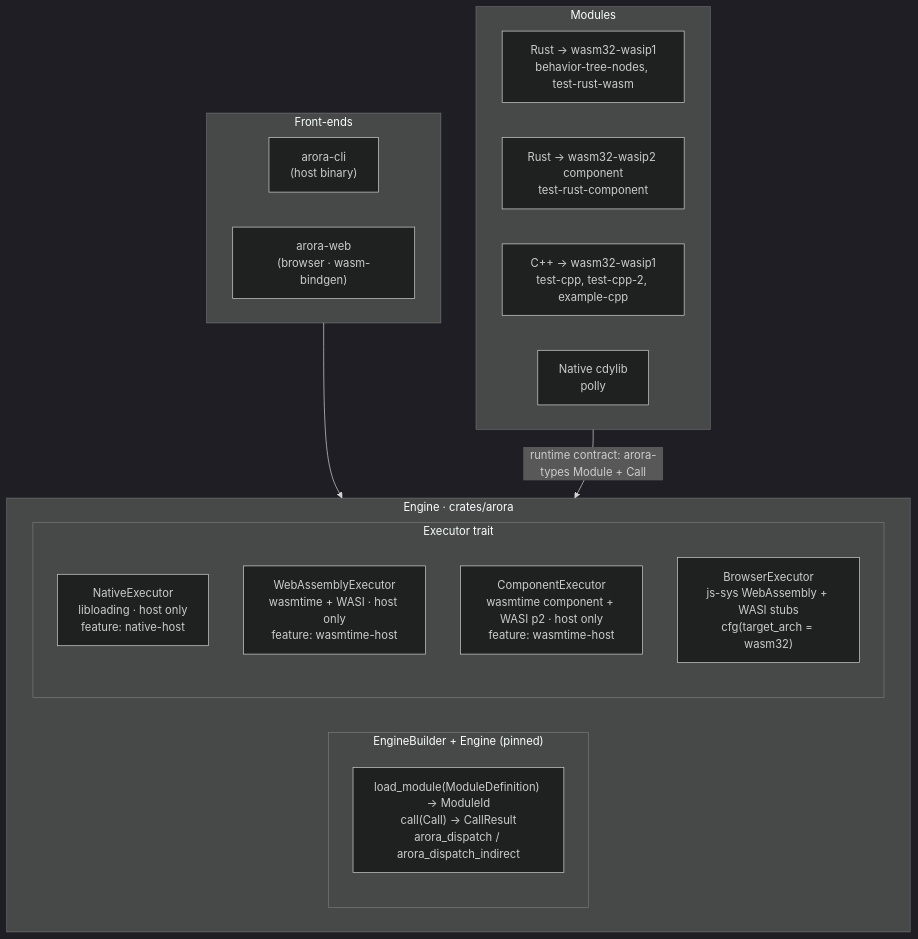
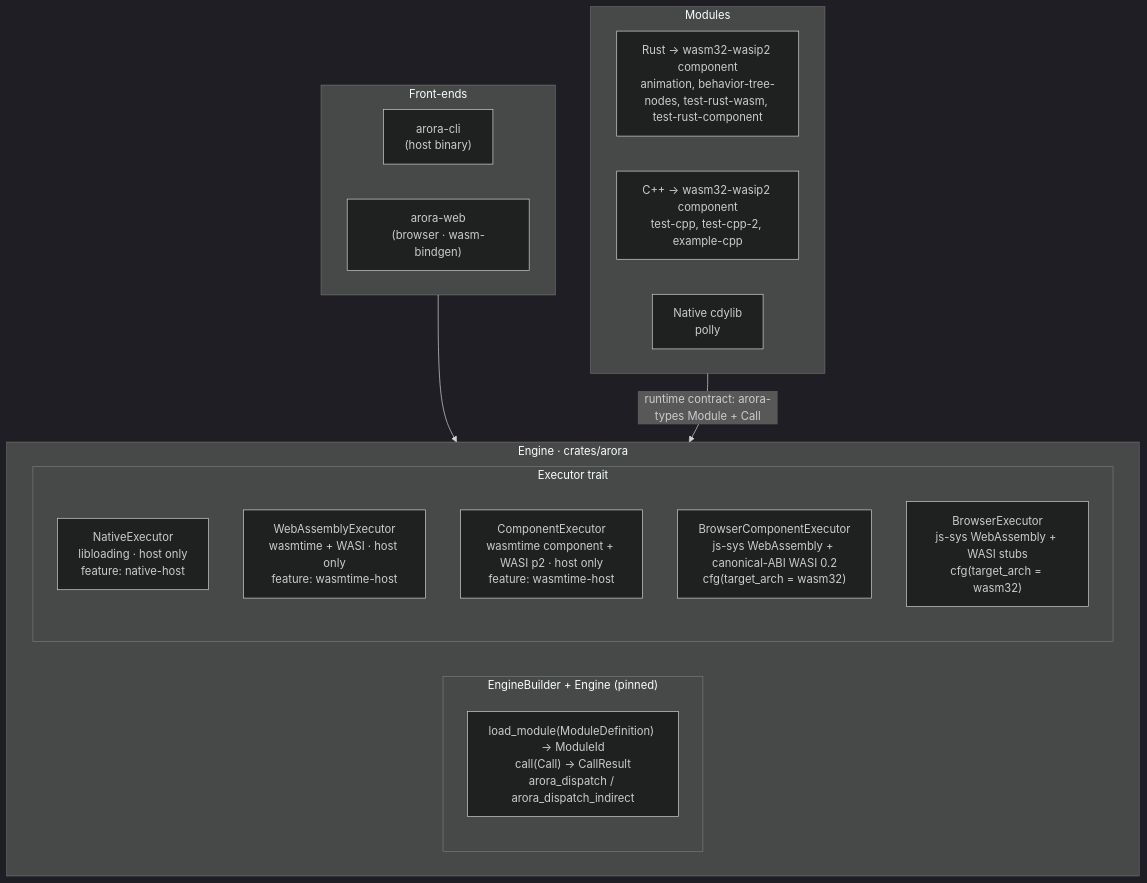
Before and after one commit to semio-ai/arora-sdk: the first of 2 diagrams in docs/architecture.md, drawn with Mermaid (dark theme). The commit also changed other lines of this file and 5 other files, not shown here.

First line of the commit message:
docs: guests are wasm32-wasip2 components of the arora:module world

````diff
--- a/docs/architecture.md
+++ b/docs/architecture.md
@@ -75,29 +74,29 @@
 ```mermaid
 graph TB
     subgraph fe["Front-ends"]
         cli["arora-cli\n(host binary)"]
         web["arora-web\n(browser · wasm-bindgen)"]
     end
 
     subgraph eng["Engine · crates/arora"]
         subgraph engine_api["EngineBuilder + Engine (pinned)"]
             api["load_module(ModuleDefinition) → ModuleId\ncall(Call) → CallResult\narora_dispatch / arora_dispatch_indirect"]
         end
         subgraph executors["Executor trait"]
             native_exec["NativeExecutor\nlibloading · host only\nfeature: native-host"]
             wasm_exec["WebAssemblyExecutor\nwasmtime + WASI · host only\nfeature: wasmtime-host"]
             component_exec["ComponentExecutor\nwasmtime component + WASI p2 · host only\nfeature: wasmtime-host"]
+            browser_component_exec["BrowserComponentExecutor\njs-sys WebAssembly + canonical-ABI WASI 0.2\ncfg(target_arch = wasm32)"]
             browser_exec["BrowserExecutor\njs-sys WebAssembly + WASI stubs\ncfg(target_arch = wasm32)"]
         end
     end
 
     subgraph mods["Modules"]
-        rust_wasm["Rust → wasm32-wasip1\nbehavior-tree-nodes, test-rust-wasm"]
-        rust_component["Rust → wasm32-wasip2 component\ntest-rust-component"]
-        cpp_wasm["C++ → wasm32-wasip1\ntest-cpp, test-cpp-2, example-cpp"]
+        rust_component["Rust → wasm32-wasip2 component\nanimation, behavior-tree-nodes, test-rust-wasm, test-rust-component"]
+        cpp_component["C++ → wasm32-wasip2 component\ntest-cpp, test-cpp-2, example-cpp"]
         native_cdylib["Native cdylib\npolly"]
     end
 
     fe --> eng
     mods -->|"runtime contract: arora-types Module + Call"| eng
 ```
````
